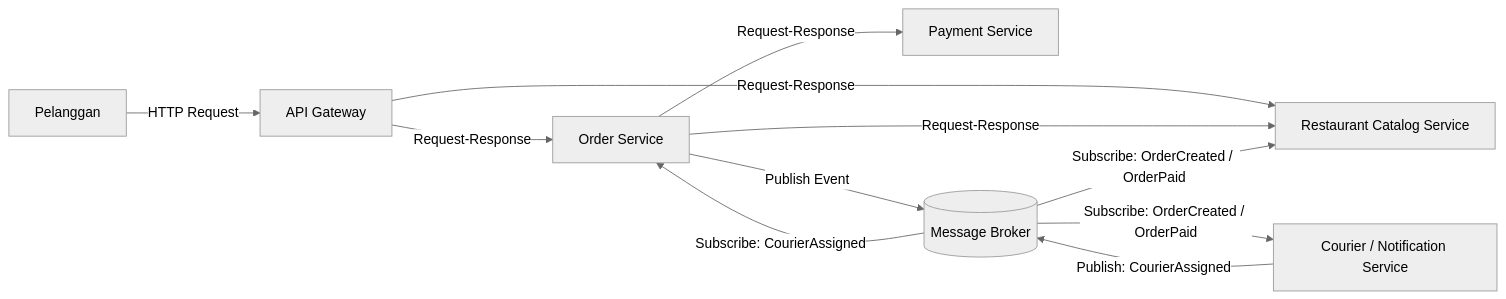
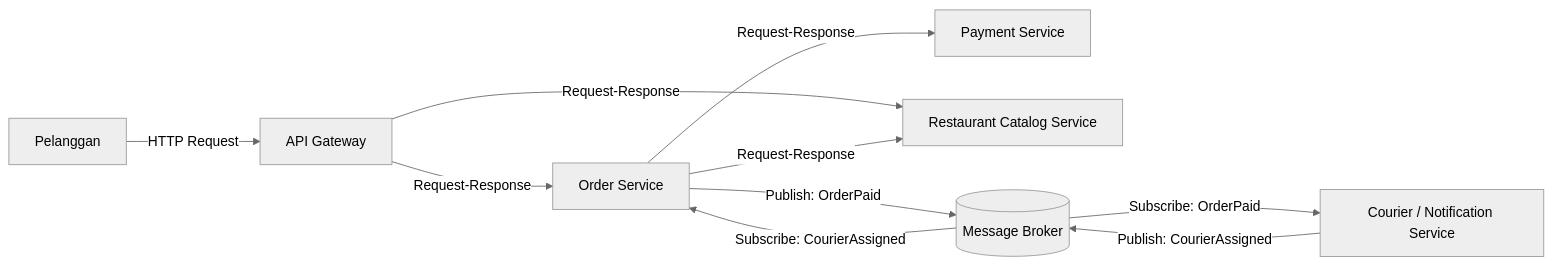
One commit to moonstrxs777/komputasi-awan-dan-terdistribusi changed the first of 2 diagrams in tugas-02-perancangan-arsitektur/JAWABAN.md. Above: the diagram before and after it, drawn with Mermaid (neutral theme). The commit also changed other lines of this file, not shown here.

Commit message:
Revise NO 2 details in JAWABAN.md
Updated the explanation of communication between services and added details on synchronous and asynchronous communication mechanisms.

````diff
--- a/tugas-02-perancangan-arsitektur/JAWABAN.md
+++ b/tugas-02-perancangan-arsitektur/JAWABAN.md
@@ -35,29 +35,27 @@
 ```mermaid
 graph LR
     Client[Pelanggan]
 
     Gateway[API Gateway]
 
     Order[Order Service]
     Payment[Payment Service]
     Catalog[Restaurant Catalog Service]
     Courier[Courier / Notification Service]
 
     Broker[(Message Broker)]
 
     Client -->|HTTP Request| Gateway
 
     Gateway -->|Request-Response| Order
     Gateway -->|Request-Response| Catalog
 
     Order -->|Request-Response| Payment
     Order -->|Request-Response| Catalog
 
-    Order -->|Publish Event| Broker
-
-    Broker -->|Subscribe: OrderCreated / OrderPaid| Catalog
-    Broker -->|Subscribe: OrderCreated / OrderPaid| Courier
+    Order -->|Publish: OrderPaid| Broker
+    Broker -->|Subscribe: OrderPaid| Courier
 
     Courier -->|Publish: CourierAssigned| Broker
     Broker -->|Subscribe: CourierAssigned| Order
 ```
````
